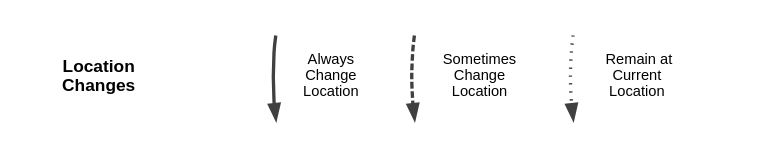
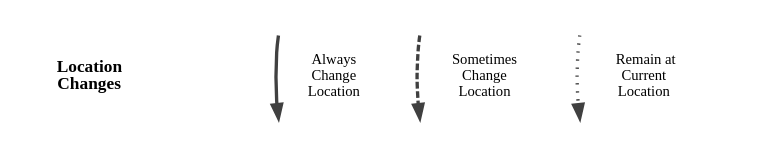
Before and after one commit to Blakemassey/baea_ibm: the diagram in R/Graphviz/StepType_Options_Legend.gv, drawn with Graphviz. The commit also changed 16 other files, not shown here.

Commit message:
Added flowchart for behavior transitions.

```diff
--- a/R/Graphviz/StepType_Options_Legend.gv
+++ b/R/Graphviz/StepType_Options_Legend.gv
@@ -1,37 +1,38 @@
 digraph G {
   rankdir = TB;
   forcelabels = true;
   fontsize = 13;
+  fontname = "Modern Computer"
   graph [margin = 0, pad = 0, ranksep = .35, nodesep = .4];
-	edge [color = grey25, penwidth = 2.5, fontsize = 11; fontname = "Helvetica"];
+	edge [color = grey25, penwidth = 2.5, fontsize = 11];
   node [fontsize = 4, fixedsize = true, height = .15, width = .1, style = invis];
     subgraph cluster_0 {
-      edge[color = white, fontsize = 13; fontname = "Helvetica-Bold"];
-      start1 -> end1 [label = "Location\nChanges"];
+      edge[color = white, fontsize = 13];
+      start1 -> end1 [label = <<b>Location<br/>Changes</b>>];
 		  color = invis
 	  }
     subgraph cluster_1 {
-      edge[color = white, fontsize = 13; fontname = "Helvetica"];
+      edge[color = white, fontsize = 13];
       start2 -> end2 [label = "       "];
 		  color = invis
 	  }
     subgraph cluster_2 {
       a1 -> a2 [style = solid, label =  "      Always\n      Change\n      Location"];
 		  color = invis
 	  }
     subgraph cluster_3 {
       edge[style = dashed, label =      "      Sometimes\n      Change\n      Location"]
       b1 -> b2
 		  color = invis
 	  }
     subgraph cluster_4 {
   	  c1 -> c2 [style = dotted, label = "       Remain at\n      Current\n      Location"];
 		  color = invis
 	  }
 	  subgraph cluster_5 {
-      edge[color = white, fontsize = 13; fontname = "Helvetica"];
+      edge[color = white, fontsize = 13];
       start3 -> end3 [label = "   "];
 		  color = invis
 	  }
   #{rank = same a1 a2 b1 b2 c1 c2}
 }
```
